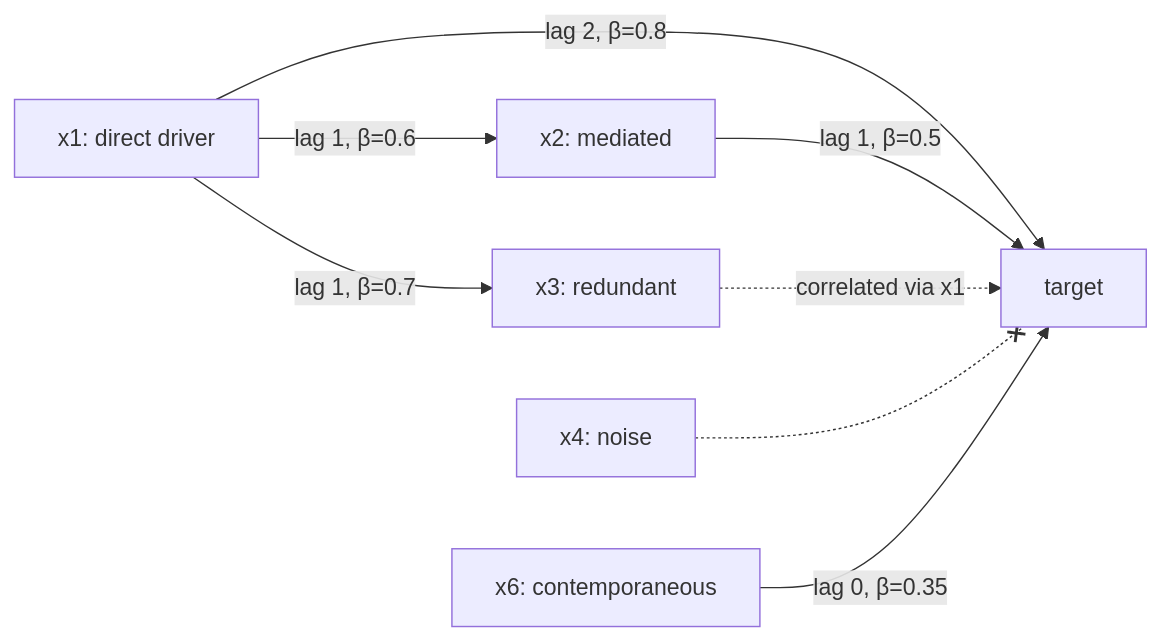
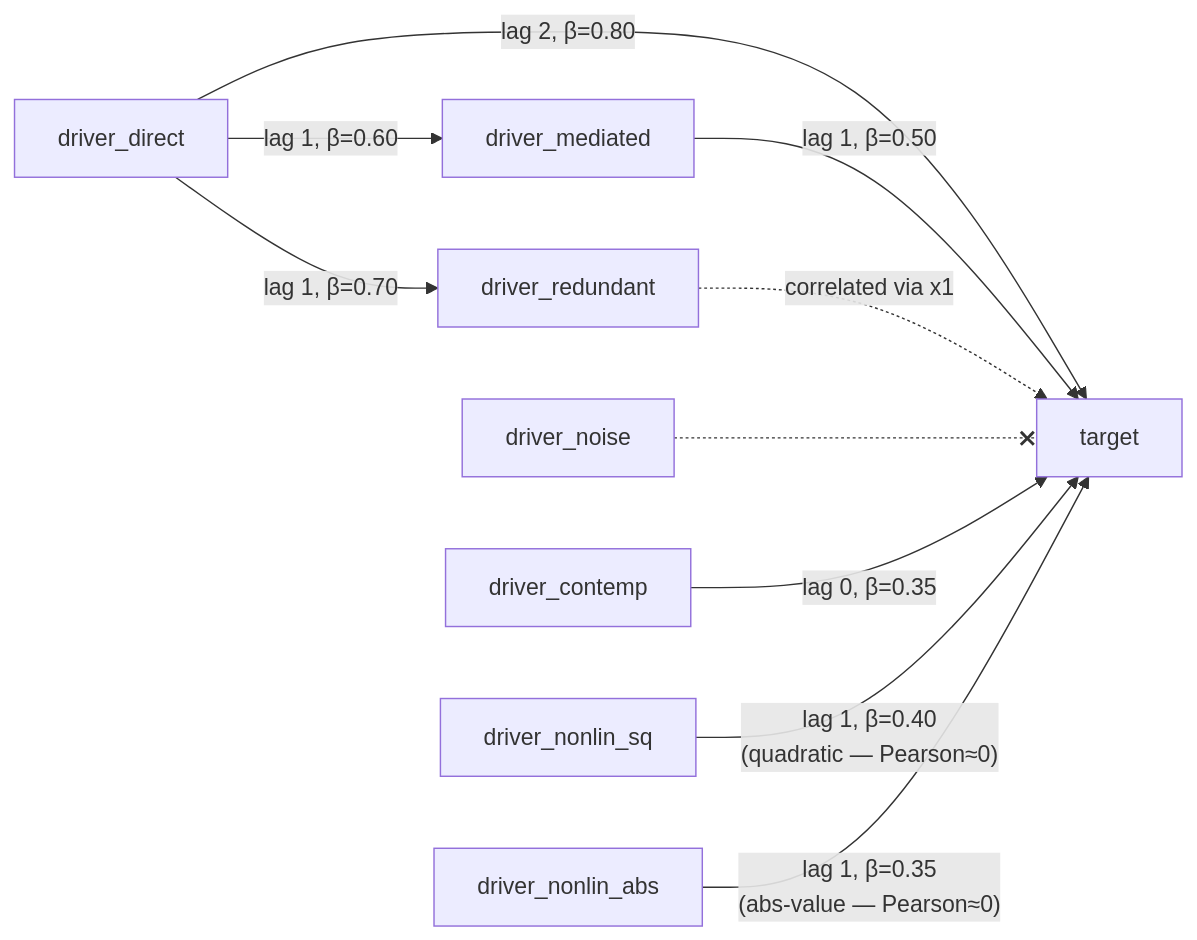
One commit to AdamKrysztopa/dependence-forecastability changed the first of 9 diagrams in docs/plan/v0_3_0_covariant_informative_ultimate_plan.md. Above: the diagram before and after it, drawn with Mermaid. The commit also changed other lines of this file and 12 other files, not shown here.

````diff
--- a/docs/plan/v0_3_0_covariant_informative_ultimate_plan.md
+++ b/docs/plan/v0_3_0_covariant_informative_ultimate_plan.md
@@ -241,10 +246,12 @@
 ```mermaid
 flowchart LR
-    X1["x1: direct driver"] -->|"lag 2, β=0.8"| Y["target"]
-    X2["x2: mediated"] -->|"lag 1, β=0.5"| Y
-    X1 -->|"lag 1, β=0.6"| X2
-    X3["x3: redundant"] -.->|"correlated via x1"| Y
-    X1 -->|"lag 1, β=0.7"| X3
-    X4["x4: noise"] -.-x Y
-    X6["x6: contemporaneous"] -->|"lag 0, β=0.35"| Y
+    X1["driver_direct"] -->|"lag 2, β=0.80"| Y["target"]
+    X2["driver_mediated"] -->|"lag 1, β=0.50"| Y
+    X1 -->|"lag 1, β=0.60"| X2
+    X3["driver_redundant"] -.->|"correlated via x1"| Y
+    X1 -->|"lag 1, β=0.70"| X3
+    X4["driver_noise"] -.-x Y
+    X6["driver_contemp"] -->|"lag 0, β=0.35"| Y
+    NL1["driver_nonlin_sq"] -->|"lag 1, β=0.40\n(quadratic — Pearson≈0)"| Y
+    NL2["driver_nonlin_abs"] -->|"lag 1, β=0.35\n(abs-value — Pearson≈0)"| Y
 ```
````
